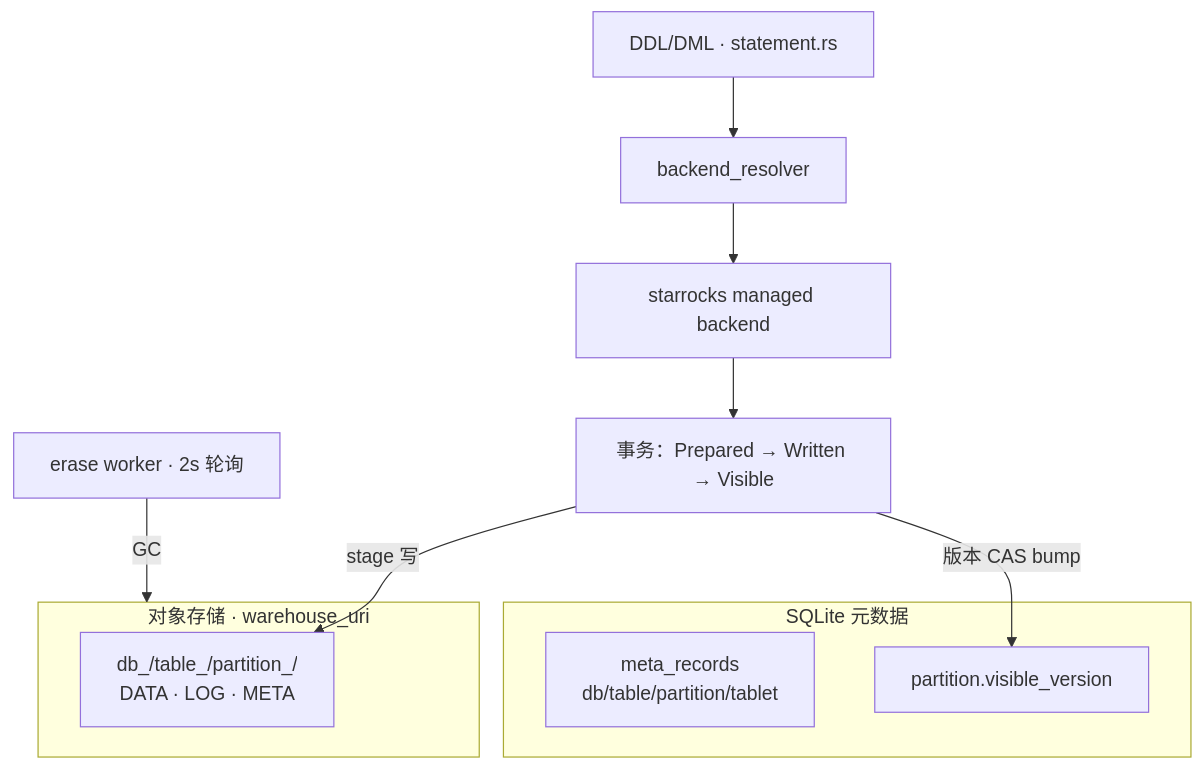
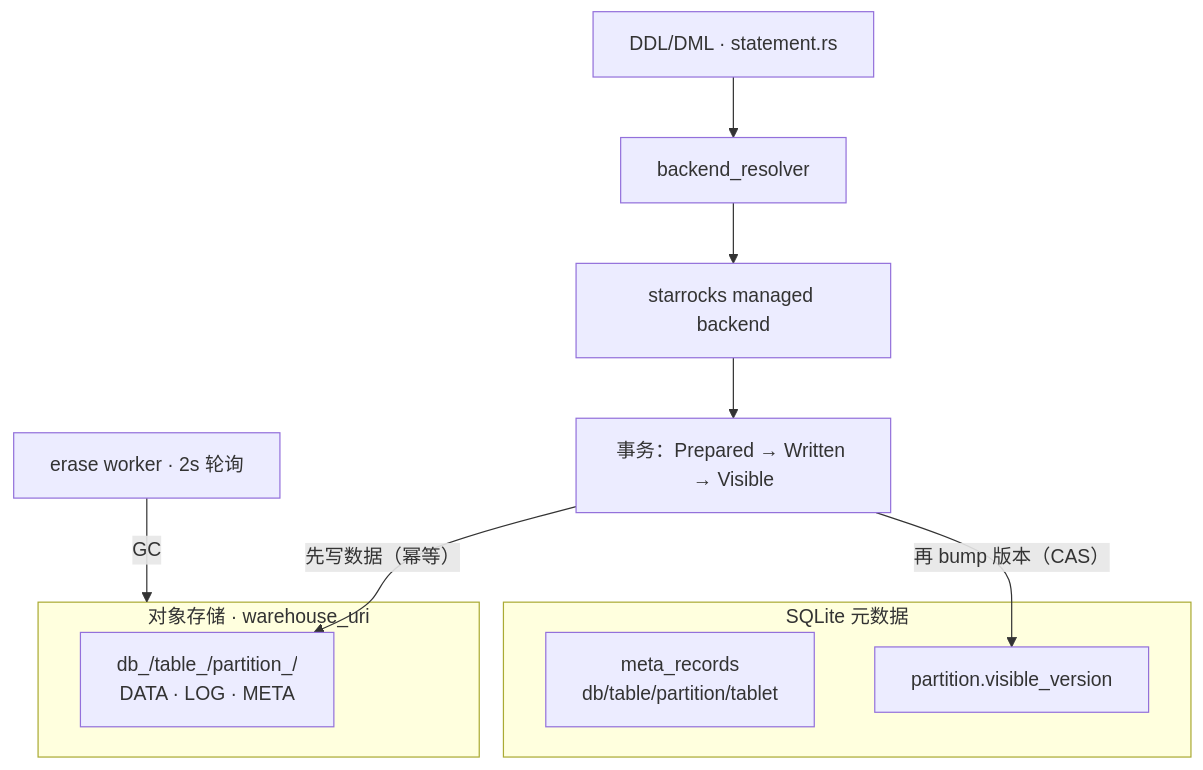
The diagram in docs/articles/zh/04-managed-lake.md (HangyuanLiu/NovaRocks), drawn with Mermaid before and after one commit. The commit also changed other lines of this file, not shown here.

````diff
--- a/docs/articles/zh/04-managed-lake.md
+++ b/docs/articles/zh/04-managed-lake.md
@@ -13,16 +13,16 @@
 ```mermaid
 flowchart TD
     DML["DDL/DML · statement.rs"] --> RES[backend_resolver]
     RES --> SR[starrocks managed backend]
     SR --> TXN["事务：Prepared → Written → Visible"]
     subgraph META["SQLite 元数据"]
         MR["meta_records<br/>db/table/partition/tablet"]
         PV["partition.visible_version"]
     end
     subgraph OBJ["对象存储 · warehouse_uri"]
         DATA["db_/table_/partition_/<br/>DATA · LOG · META"]
     end
-    TXN -->|"stage 写"| DATA
-    TXN -->|"版本 CAS bump"| PV
+    TXN -->|"先写数据（幂等）"| DATA
+    TXN -->|"再 bump 版本（CAS）"| PV
     EW["erase worker · 2s 轮询"] -->|GC| OBJ
 ```
````
